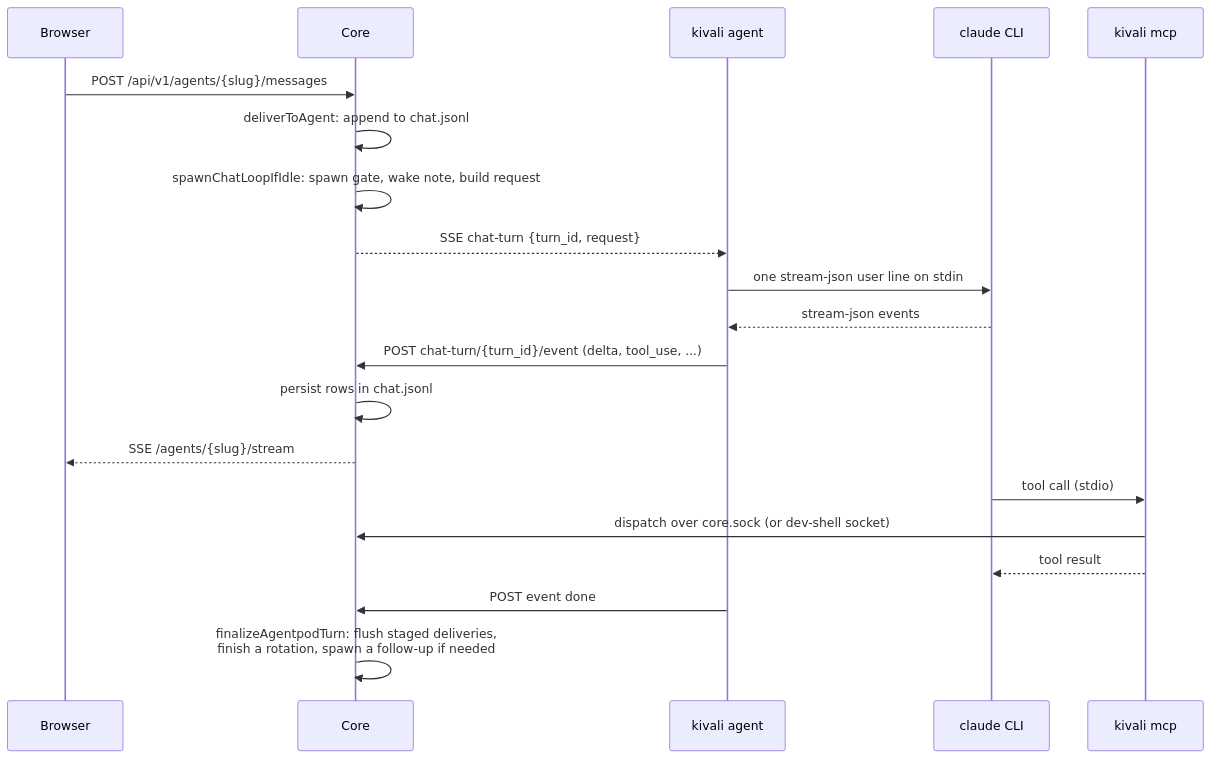
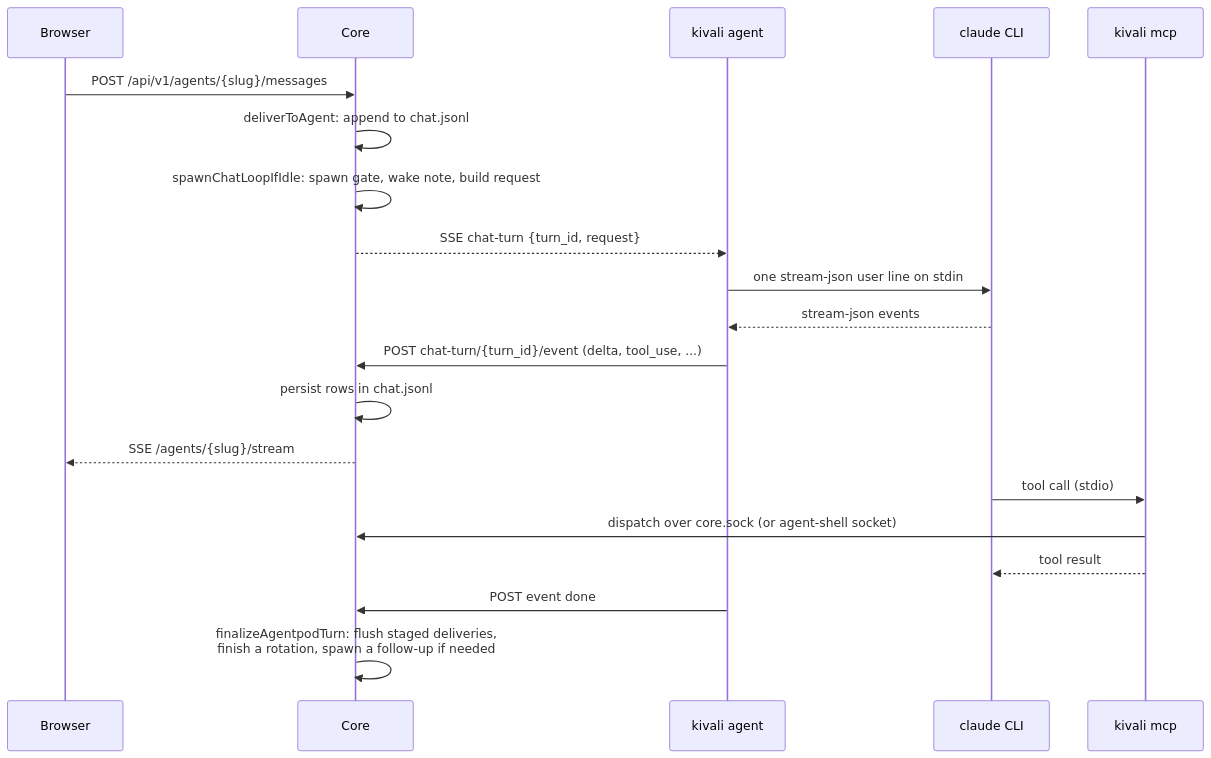
The second of 2 diagrams in docs/developers/architecture.md (kivali-ai/kivali), drawn with Mermaid before and after one commit. The commit also changed other lines of this file and 67 other files, not shown here.

First line of the commit message:
Rename dev-shell to agent-shell

````diff
--- a/docs/developers/architecture.md
+++ b/docs/developers/architecture.md
@@ -252,22 +252,22 @@
 ```mermaid
 sequenceDiagram
   participant B as Browser
   participant C as Core
   participant R as kivali agent
   participant L as claude CLI
   participant M as kivali mcp
   B->>C: POST /api/v1/agents/{slug}/messages
   C->>C: deliverToAgent: append to chat.jsonl
   C->>C: spawnChatLoopIfIdle: spawn gate, wake note, build request
   C-->>R: SSE chat-turn {turn_id, request}
   R->>L: one stream-json user line on stdin
   L-->>R: stream-json events
   R->>C: POST chat-turn/{turn_id}/event (delta, tool_use, ...)
   C->>C: persist rows in chat.jsonl
   C-->>B: SSE /agents/{slug}/stream
   L->>M: tool call (stdio)
-  M->>C: dispatch over core.sock (or dev-shell socket)
+  M->>C: dispatch over core.sock (or agent-shell socket)
   M-->>L: tool result
   R->>C: POST event done
   C->>C: finalizeAgentpodTurn: flush staged deliveries,<br/>finish a rotation, spawn a follow-up if needed
 ```
````
